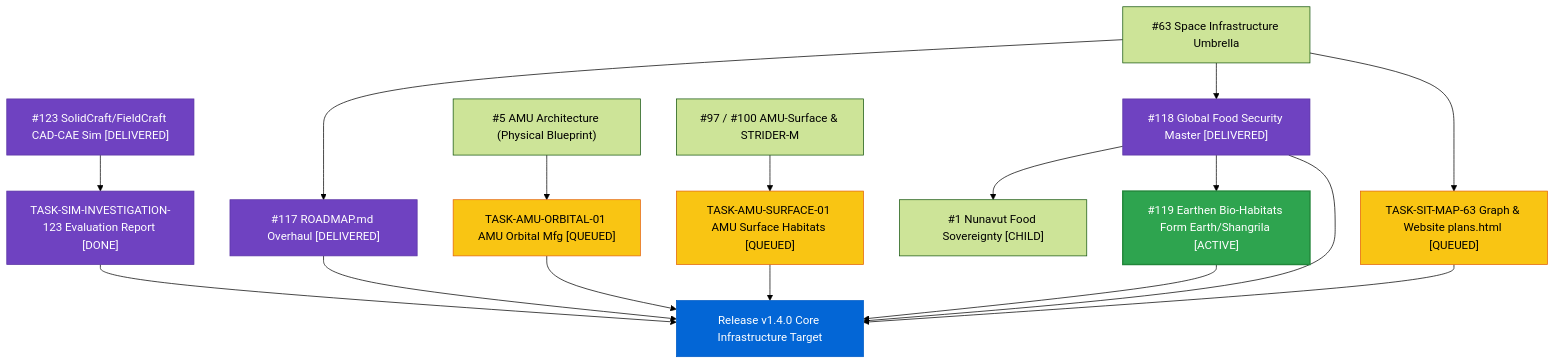
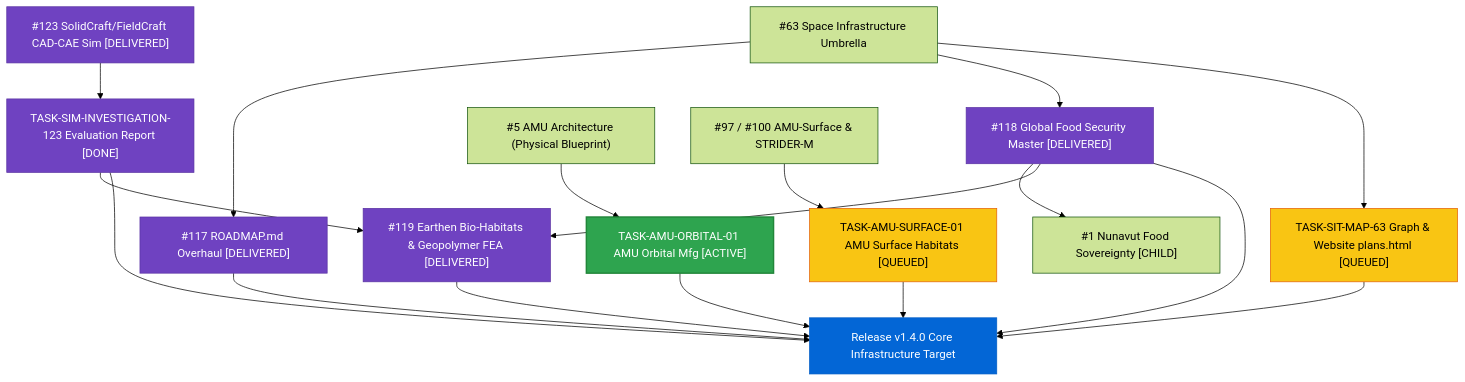
Before and after one commit to stellardreams/asi.surge.sh: the diagram in forward_tasks.md, drawn with Mermaid (forest theme). The commit also changed other lines of this file and 23 other files, not shown here.

````diff
--- a/forward_tasks.md
+++ b/forward_tasks.md
@@ -103,36 +104,37 @@
 ```mermaid
 graph TD
     I123["#123 SolidCraft/FieldCraft CAD-CAE Sim [DELIVERED]"] --> T123["TASK-SIM-INVESTIGATION-123 Evaluation Report [DONE]"]
     
     I63["#63 Space Infrastructure Umbrella"] --> I117["#117 ROADMAP.md Overhaul [DELIVERED]"]
     I63 --> I118["#118 Global Food Security Master [DELIVERED]"]
     I118 --> I01["#1 Nunavut Food Sovereignty [CHILD]"]
-    I118 --> I119["#119 Earthen Bio-Habitats Form Earth/Shangrila [ACTIVE]"]
+    I118 --> I119["#119 Earthen Bio-Habitats & Geopolymer FEA [DELIVERED]"]
 
-    I05["#5 AMU Architecture (Physical Blueprint)"] --> O01["TASK-AMU-ORBITAL-01 AMU Orbital Mfg [QUEUED]"]
+    I05["#5 AMU Architecture (Physical Blueprint)"] --> O01["TASK-AMU-ORBITAL-01 AMU Orbital Mfg [ACTIVE]"]
     I97["#97 / #100 AMU-Surface & STRIDER-M"] --> S01["TASK-AMU-SURFACE-01 AMU Surface Habitats [QUEUED]"]
     I63 --> M63["TASK-SIT-MAP-63 Graph & Website plans.html [QUEUED]"]
     
+    T123 --> I119
     T123 --> V140["Release v1.4.0 Core Infrastructure Target"]
     O01 --> V140
     S01 --> V140
     I117 --> V140
     I118 --> V140
     I119 --> V140
     M63 --> V140
 
     classDef active fill:#2ea44f,stroke:#22863a,stroke-width:2px,color:#fff;
     classDef queued fill:#f9c513,stroke:#e36209,stroke-width:1px,color:#000;
     classDef target fill:#0366d6,stroke:#005cc5,stroke-width:1px,color:#fff;
     classDef done fill:#6f42c1,stroke:#5a32a3,stroke-width:1px,color:#fff;
 
     class I123 done;
     class T123 done;
-    class I119 active;
+    class I119 done;
+    class O01 active;
     class S01 queued;
-    class O01 queued;
     class I117 done;
     class I118 done;
     class M63 queued;
     class V140 target;
 ```
````
